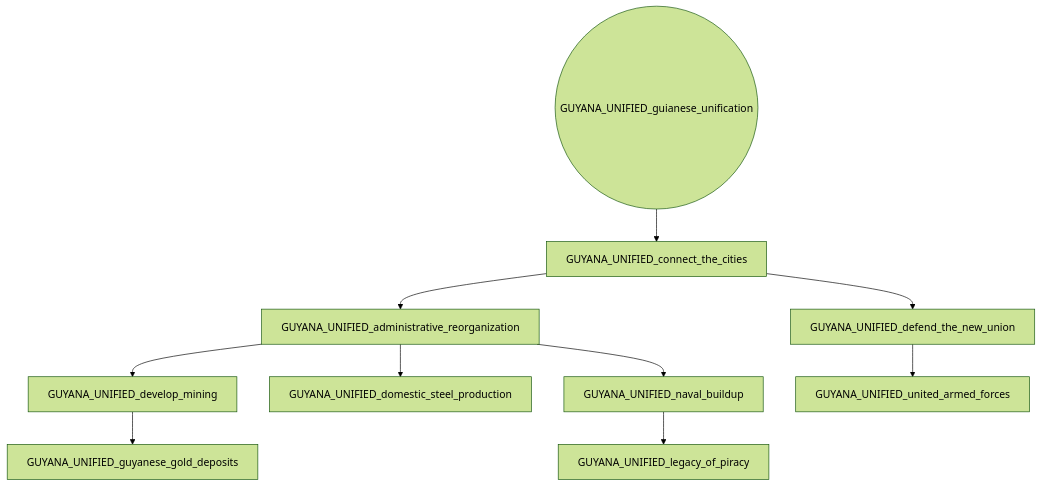
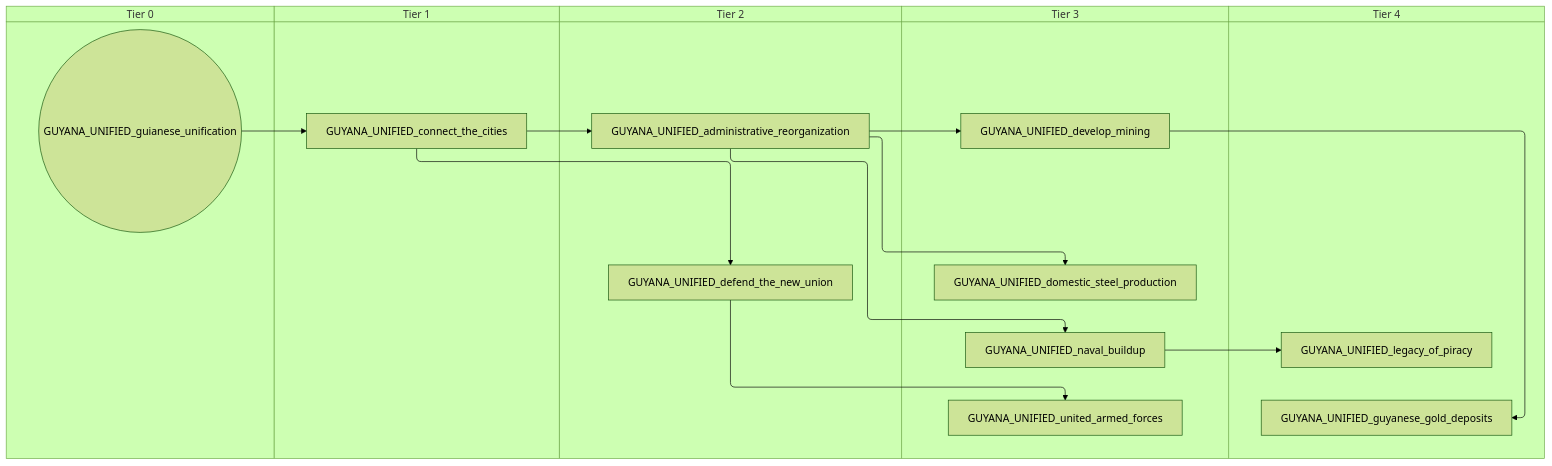
Before and after one commit to evgeny-sobol/hoi4-sandbox-mode-r56: the diagram in docs/gdd/National Focuses/r56_guyana_shared.md, drawn with Mermaid (forest theme). The commit also changed 423 other files, not shown here.

First line of the commit message:
Re-export Rt56 focus trees as swimlane diagrams

````diff
--- a/docs/gdd/National Focuses/r56_guyana_shared.md
+++ b/docs/gdd/National Focuses/r56_guyana_shared.md
@@ -3,22 +3,32 @@
 ```mermaid
-flowchart TD
-    n1["GUYANA_UNIFIED_administrative_reorganization"]
-    n2["GUYANA_UNIFIED_connect_the_cities"]
-    n3["GUYANA_UNIFIED_defend_the_new_union"]
-    n4["GUYANA_UNIFIED_develop_mining"]
-    n5["GUYANA_UNIFIED_domestic_steel_production"]
-    n6(("GUYANA_UNIFIED_guianese_unification"))
-    n7["GUYANA_UNIFIED_guyanese_gold_deposits"]
-    n8["GUYANA_UNIFIED_legacy_of_piracy"]
-    n9["GUYANA_UNIFIED_naval_buildup"]
-    n10["GUYANA_UNIFIED_united_armed_forces"]
-    n2 --> n1
-    n6 --> n2
+swimlane-beta TD
+    subgraph tier_0["Tier 0"]
+        n1(("GUYANA_UNIFIED_guianese_unification"))
+    end
+    subgraph tier_1["Tier 1"]
+        n2["GUYANA_UNIFIED_connect_the_cities"]
+    end
+    subgraph tier_2["Tier 2"]
+        n3["GUYANA_UNIFIED_administrative_reorganization"]
+        n4["GUYANA_UNIFIED_defend_the_new_union"]
+    end
+    subgraph tier_3["Tier 3"]
+        n5["GUYANA_UNIFIED_develop_mining"]
+        n6["GUYANA_UNIFIED_domestic_steel_production"]
+        n7["GUYANA_UNIFIED_naval_buildup"]
+        n8["GUYANA_UNIFIED_united_armed_forces"]
+    end
+    subgraph tier_4["Tier 4"]
+        n9["GUYANA_UNIFIED_guyanese_gold_deposits"]
+        n10["GUYANA_UNIFIED_legacy_of_piracy"]
+    end
     n2 --> n3
-    n1 --> n4
-    n1 --> n5
-    n4 --> n7
-    n9 --> n8
-    n1 --> n9
-    n3 --> n10
+    n1 --> n2
+    n2 --> n4
+    n3 --> n5
+    n3 --> n6
+    n5 --> n9
+    n7 --> n10
+    n3 --> n7
+    n4 --> n8
 ```
````
